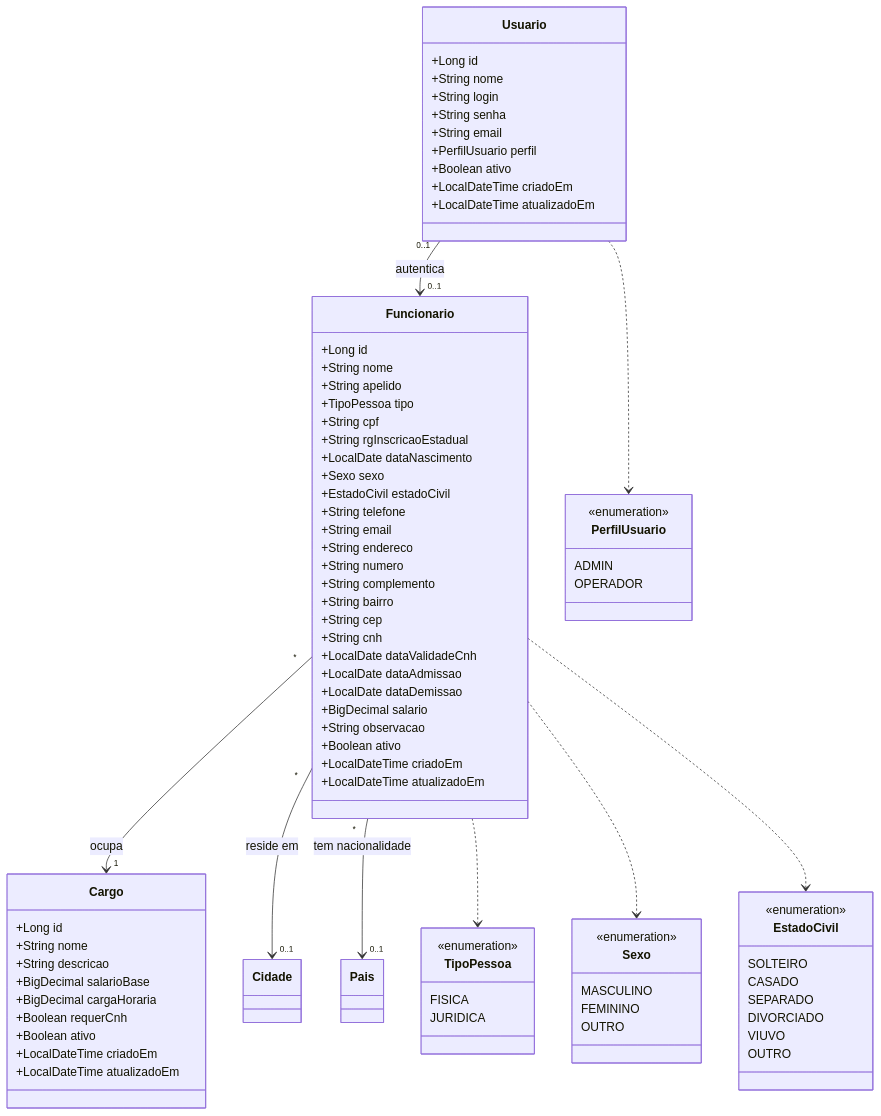
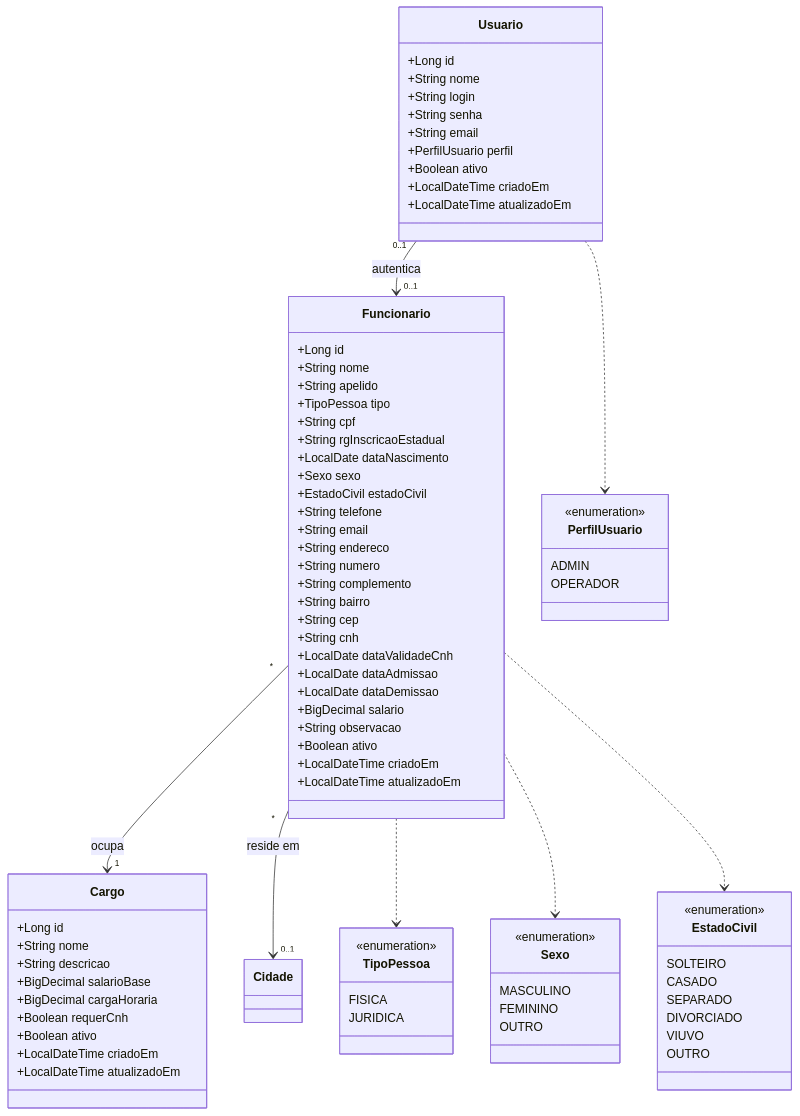
Before and after one commit to ilann47/SI__Ilan_Wendling_2026-api: the second of 9 diagrams in docs/especificacao/08-diagramas-classe.md, drawn with Mermaid. The commit also changed other lines of this file and 14 other files, not shown here.

```diff
--- a/docs/especificacao/08-diagramas-classe.md
+++ b/docs/especificacao/08-diagramas-classe.md
@@ -137,7 +137,6 @@
 
     Funcionario "*" --> "1" Cargo : ocupa
     Funcionario "*" --> "0..1" Cidade : reside em
-    Funcionario "*" --> "0..1" Pais : tem nacionalidade
     Usuario "0..1" --> "0..1" Funcionario : autentica
     Funcionario ..> TipoPessoa
     Funcionario ..> Sexo
```
